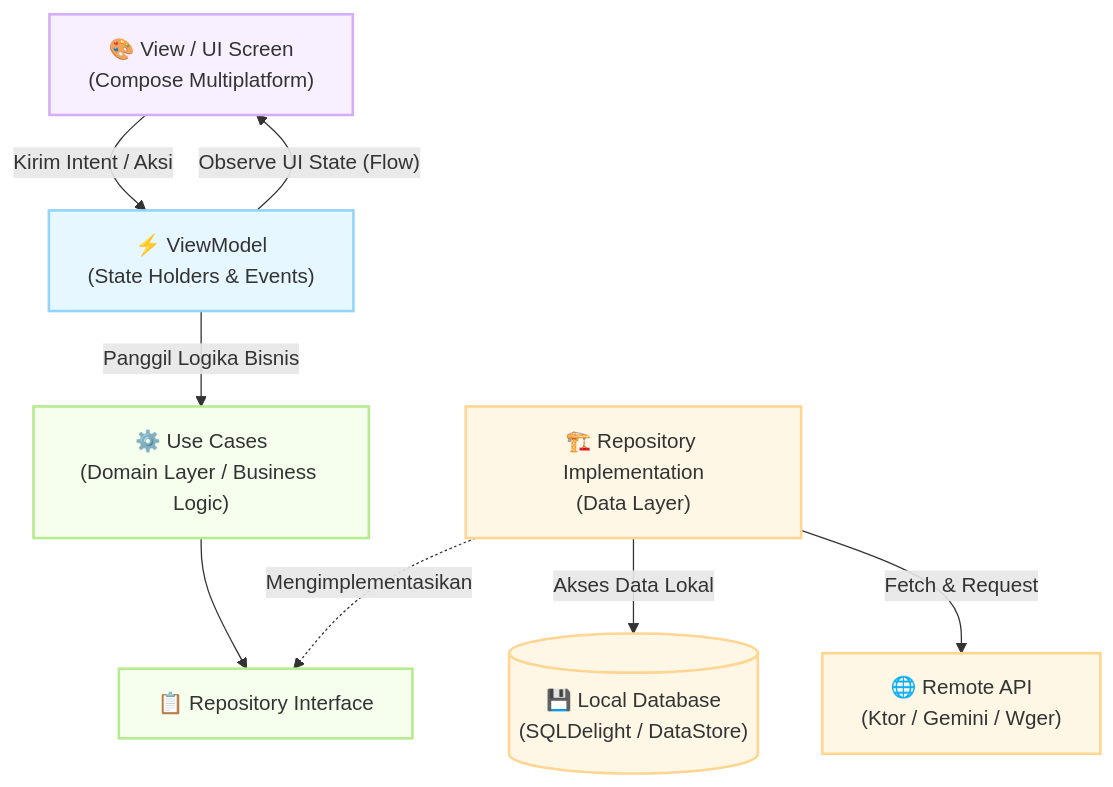
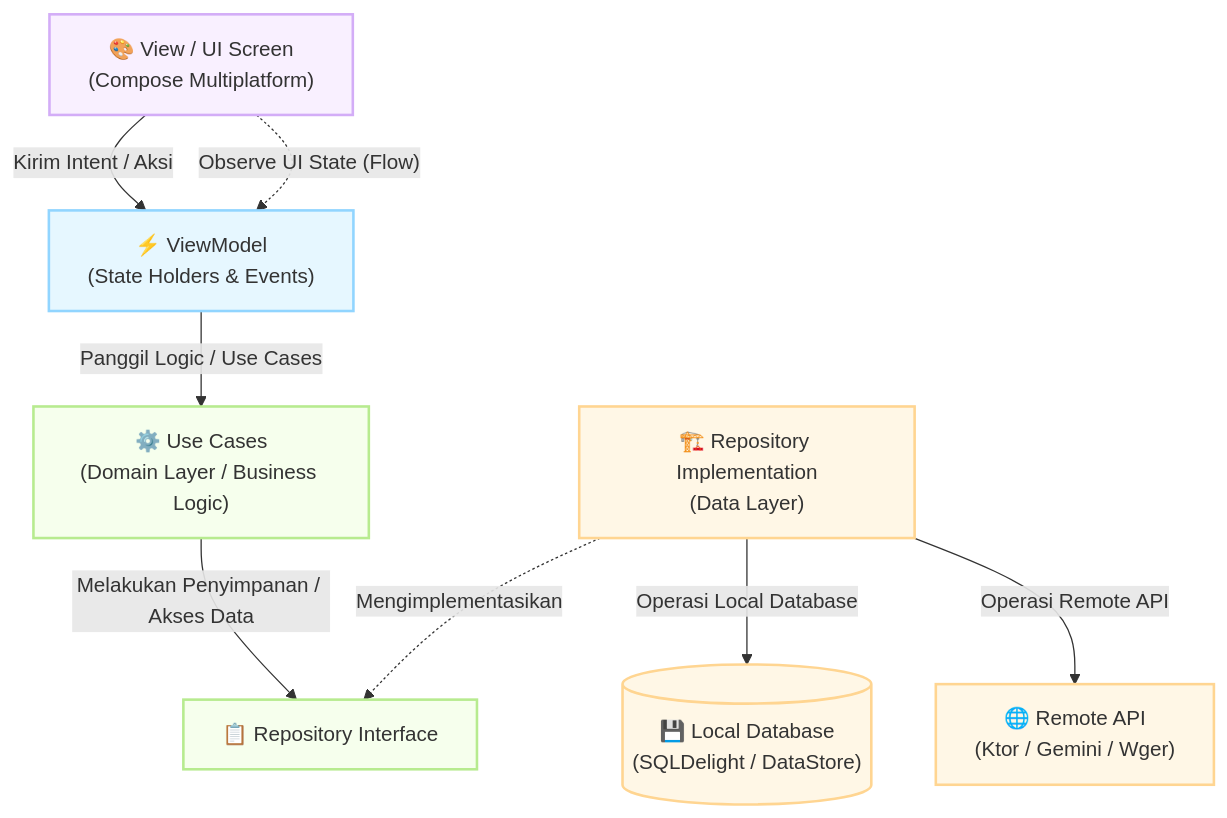
The diagram in README.md (panesbelpois/Proyek-Pengembangan-Aplikasi-Mobile), drawn with Mermaid before and after one commit. The commit also changed other lines of this file, not shown here.

````diff
--- a/README.md
+++ b/README.md
@@ -123,33 +132,33 @@
 ```mermaid
 graph TD
     %% Definisi Node Utama
     V["🎨 View / UI Screen<br>(Compose Multiplatform)"]
     VM["⚡ ViewModel<br>(State Holders & Events)"]
     UC["⚙️ Use Cases<br>(Domain Layer / Business Logic)"]
     RI["📋 Repository Interface"]
     RI_Impl["🏗️ Repository Implementation<br>(Data Layer)"]
     
     %% Penyimpanan & Sumber Data
     DB[("💾 Local Database<br>(SQLDelight / DataStore)")]
     API["🌐 Remote API<br>(Ktor / Gemini / Wger)"]
 
-    %% Alur Hubungan Komponen (UML Flow)
+    %% Alur Hubungan Komponen (Logika yang Diperbaiki)
     V -->|"Kirim Intent / Aksi"| VM
-    VM -->|"Observe UI State (Flow)"| V
-    VM -->|"Panggil Logika Bisnis"| UC
-    UC --> RI
+    V -.->|"Observe UI State (Flow)"| VM
+    VM -->|"Panggil Logic / Use Cases"| UC
+    UC -->|"Melakukan Penyimpanan / Akses Data"| RI
     RI_Impl -.->|"Mengimplementasikan"| RI
-    RI_Impl -->|"Akses Data Lokal"| DB
-    RI_Impl -->|"Fetch & Request"| API
+    RI_Impl -->|"Operasi Local Database"| DB
+    RI_Impl -->|"Operasi Remote API"| API
 
     %% Penataan Gaya Visual (Mermaid Styling)
     classDef layerView fill:#f9f0ff,stroke:#d3adf7,stroke-width:2px;
     classDef layerVM fill:#e6f7ff,stroke:#91d5ff,stroke-width:2px;
     classDef layerDomain fill:#f6ffed,stroke:#b7eb8f,stroke-width:2px;
     classDef layerData fill:#fff7e6,stroke:#ffd591,stroke-width:2px;
     
     class V layerView;
     class VM layerVM;
     class UC,RI layerDomain;
     class RI_Impl,DB,API layerData;
 ```
````
